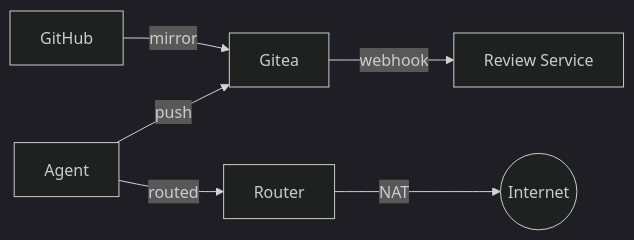
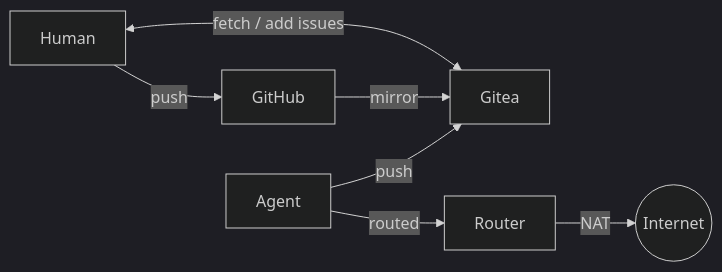
Before and after one commit to joaopn/agentic-dev-sandbox: the diagram in README.md, drawn with Mermaid (dark theme). The commit also changed other lines of this file and 3 other files, not shown here.

````diff
--- a/README.md
+++ b/README.md
@@ -10,7 +9,8 @@
 ```mermaid
 graph LR
+    Human -->|push| GitHub
+    Human <-->|fetch / add issues| Gitea
     GitHub -->|mirror| Gitea
     Agent -->|push| Gitea
     Agent -->|routed| Router -->|NAT| Web((Internet))
-    Gitea -->|webhook| Review[Review Service]
 ```
````
